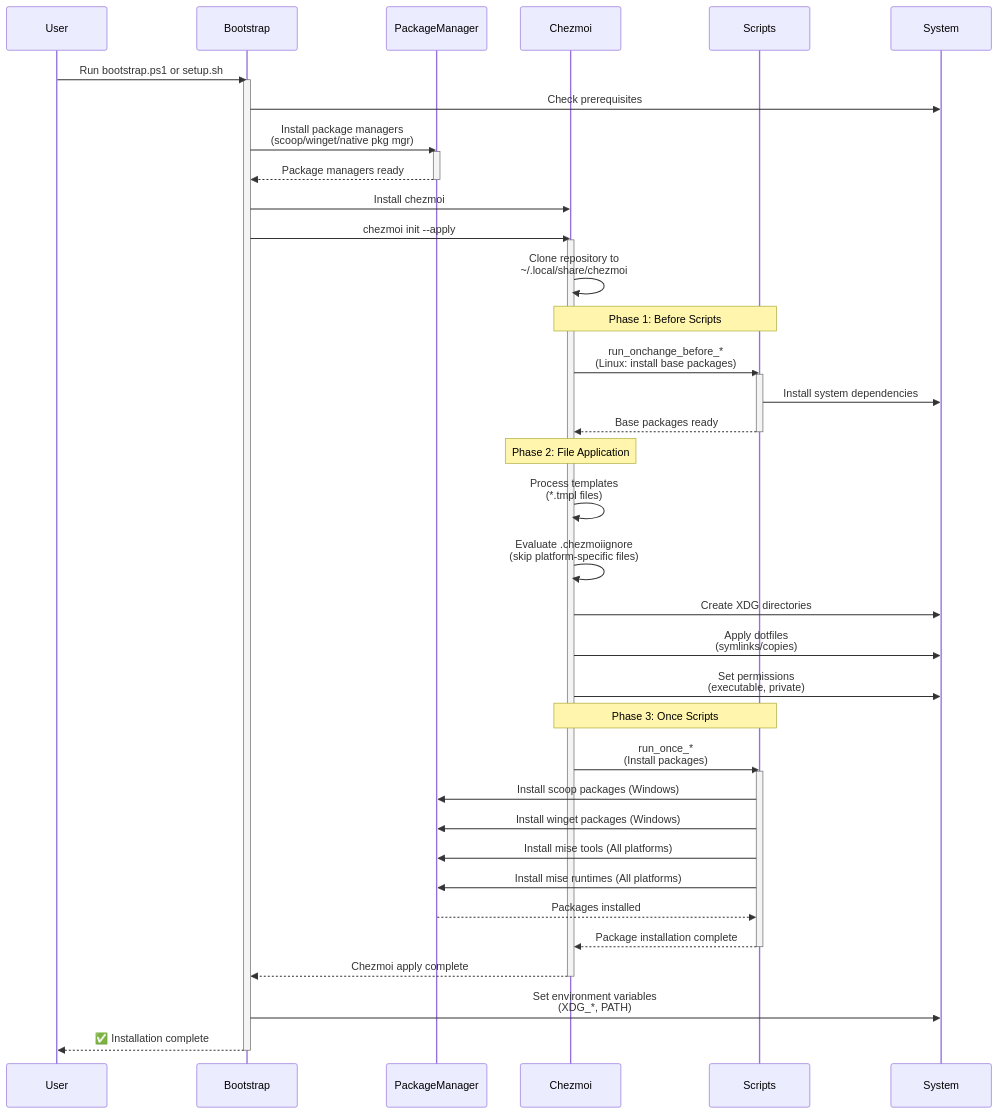
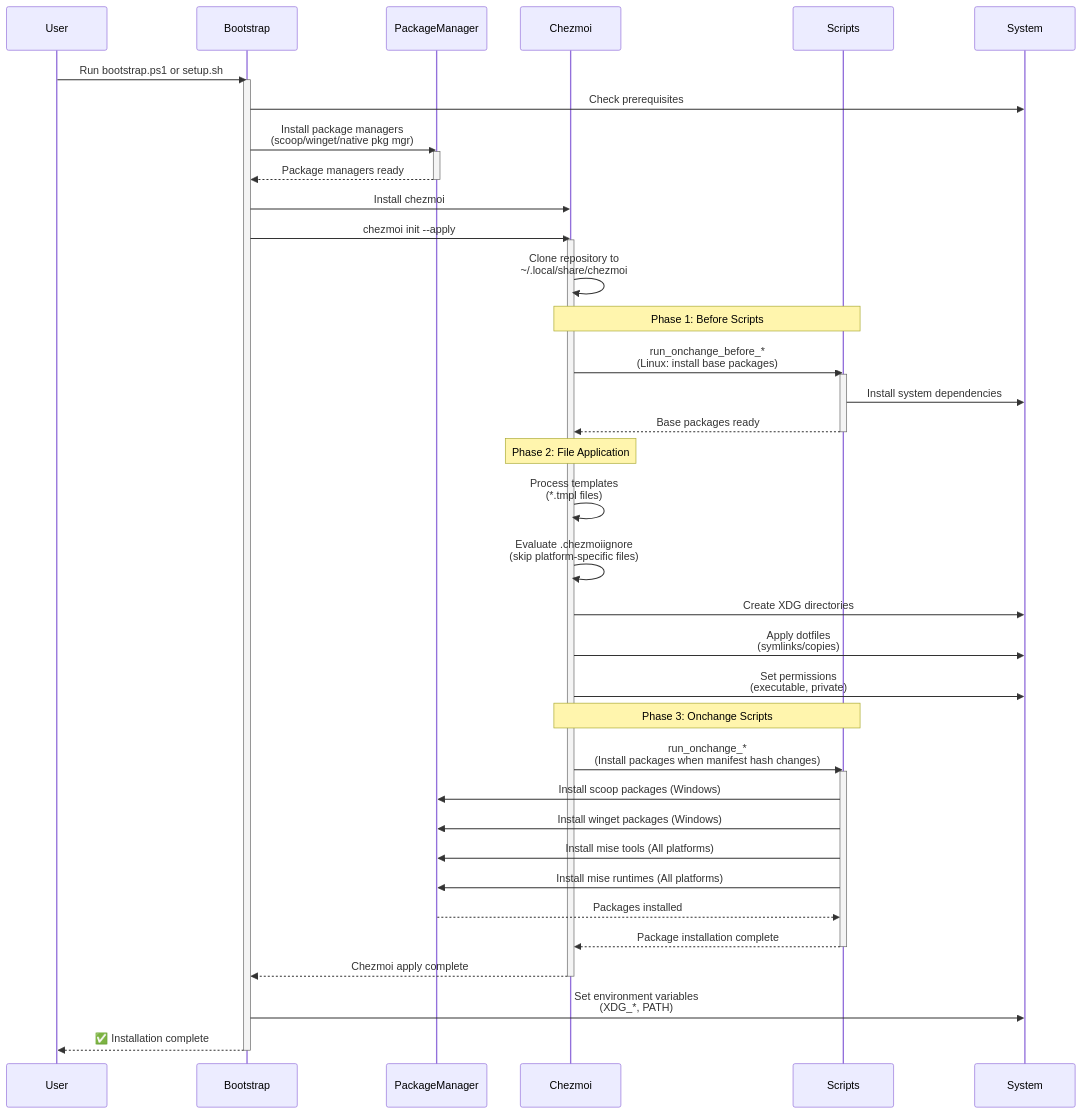
One commit to Randallsm83/chezmoi changed the fifth of 6 diagrams in INSTALL-GUIDE.md. Above: the diagram before and after it, drawn with Mermaid. The commit also changed other lines of this file and 1 other file, not shown here.

First line of the commit message:
docs(install/readme): refresh feature flag tables and script-name refs (audit P0-2/P0-3 docs)

````diff
--- a/INSTALL-GUIDE.md
+++ b/INSTALL-GUIDE.md
@@ -371,56 +371,56 @@
 ```mermaid
 sequenceDiagram
     participant User
     participant Bootstrap
     participant PackageManager
     participant Chezmoi
     participant Scripts
     participant System
     
     User->>Bootstrap: Run bootstrap.ps1 or setup.sh
     activate Bootstrap
     
     Bootstrap->>System: Check prerequisites
     Bootstrap->>PackageManager: Install package managers<br/>(scoop/winget/native pkg mgr)
     activate PackageManager
     PackageManager-->>Bootstrap: Package managers ready
     deactivate PackageManager
     
     Bootstrap->>Chezmoi: Install chezmoi
     Bootstrap->>Chezmoi: chezmoi init --apply
     activate Chezmoi
     
     Chezmoi->>Chezmoi: Clone repository to<br/>~/.local/share/chezmoi
     
     Note over Chezmoi,Scripts: Phase 1: Before Scripts
     Chezmoi->>Scripts: run_onchange_before_*<br/>(Linux: install base packages)
     activate Scripts
     Scripts->>System: Install system dependencies
     Scripts-->>Chezmoi: Base packages ready
     deactivate Scripts
     
     Note over Chezmoi: Phase 2: File Application
     Chezmoi->>Chezmoi: Process templates<br/>(*.tmpl files)
     Chezmoi->>Chezmoi: Evaluate .chezmoiignore<br/>(skip platform-specific files)
     Chezmoi->>System: Create XDG directories
     Chezmoi->>System: Apply dotfiles<br/>(symlinks/copies)
     Chezmoi->>System: Set permissions<br/>(executable, private)
     
-    Note over Chezmoi,Scripts: Phase 3: Once Scripts
-    Chezmoi->>Scripts: run_once_*<br/>(Install packages)
+    Note over Chezmoi,Scripts: Phase 3: Onchange Scripts
+    Chezmoi->>Scripts: run_onchange_*<br/>(Install packages when manifest hash changes)
     activate Scripts
     Scripts->>PackageManager: Install scoop packages (Windows)
     Scripts->>PackageManager: Install winget packages (Windows)
     Scripts->>PackageManager: Install mise tools (All platforms)
     Scripts->>PackageManager: Install mise runtimes (All platforms)
     PackageManager-->>Scripts: Packages installed
     Scripts-->>Chezmoi: Package installation complete
     deactivate Scripts
     
     Chezmoi-->>Bootstrap: Chezmoi apply complete
     deactivate Chezmoi
     
     Bootstrap->>System: Set environment variables<br/>(XDG_*, PATH)
     Bootstrap-->>User: ✅ Installation complete
     deactivate Bootstrap
 ```
````
